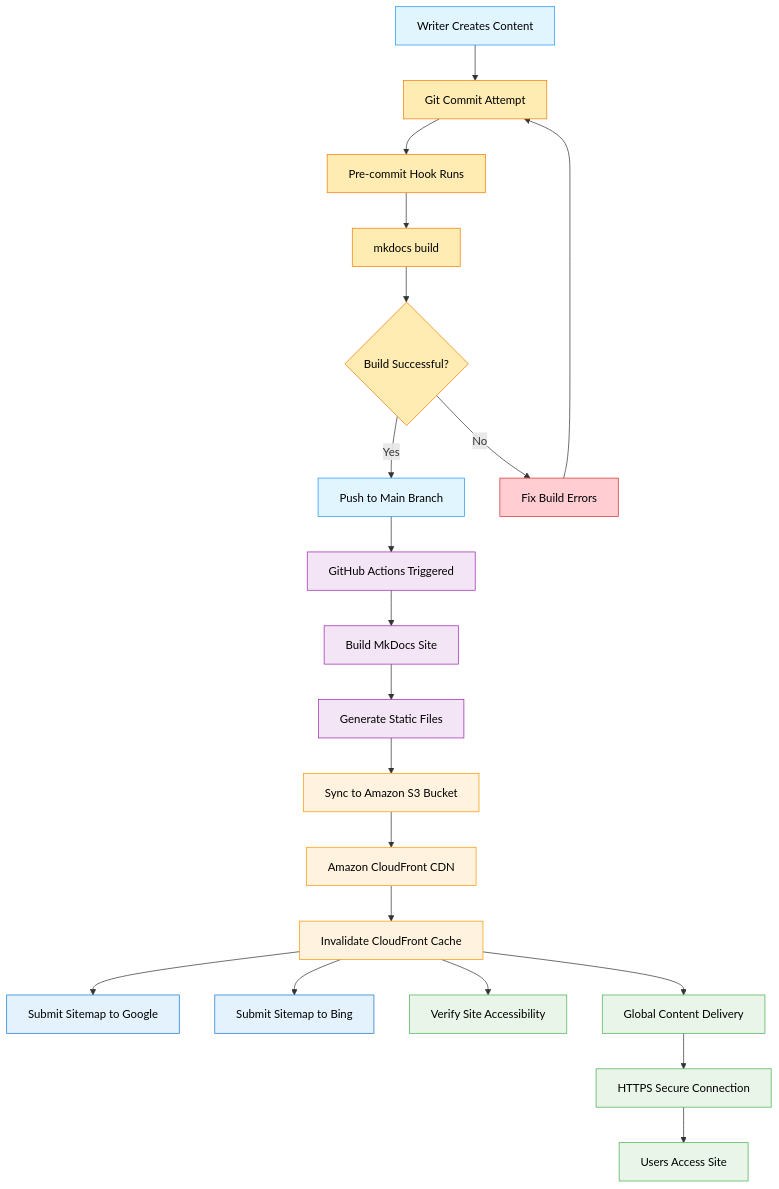
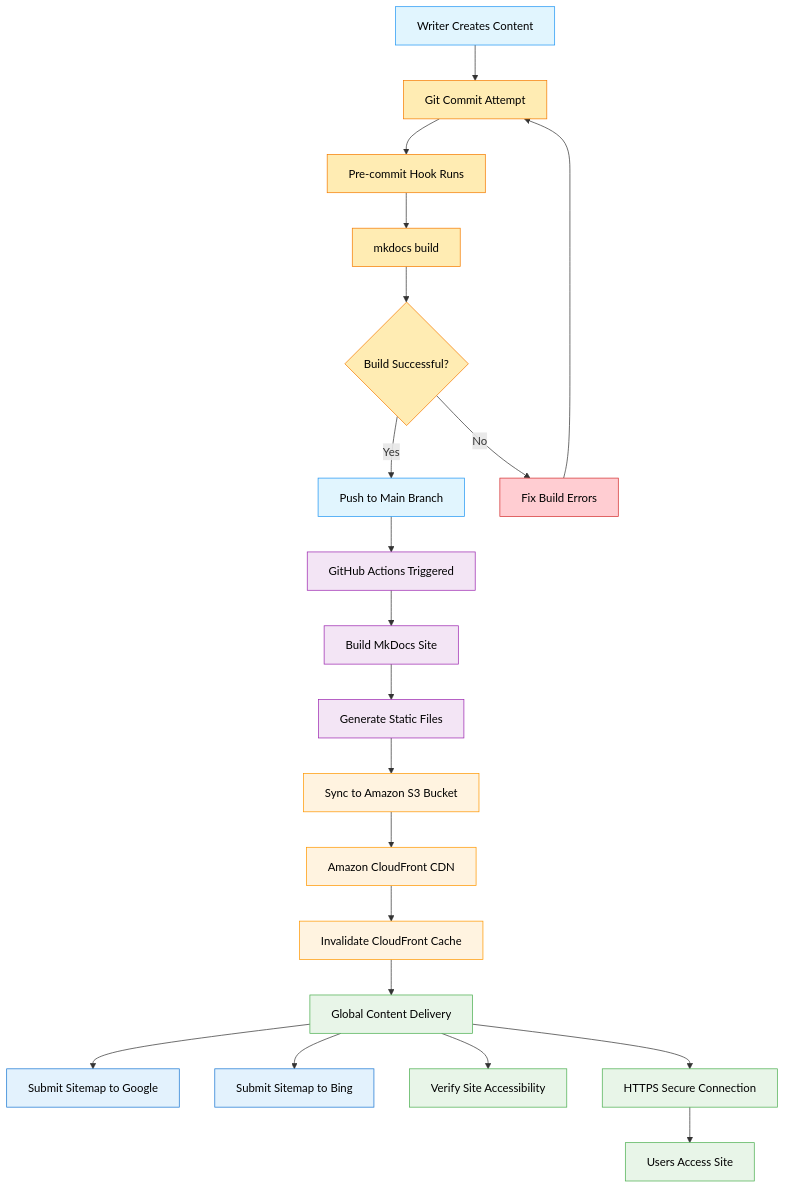
One commit to scottsaenz/scottsaenz-site changed the diagram in docs/blog/posts/20250601.md. Above: the diagram before and after it, drawn with Mermaid.

Commit message:
upd flow mermaid

````diff
--- a/docs/blog/posts/20250601.md
+++ b/docs/blog/posts/20250601.md
@@ -30,59 +30,59 @@
 ```mermaid
 flowchart TD
     J[Writer Creates Content] --> K[Git Commit Attempt]
     K --> L[Pre-commit Hook Runs]
     L --> M[mkdocs build]
     M --> N{Build Successful?}
     N -->|Yes| A[Push to Main Branch]
     N -->|No| O[Fix Build Errors]
     O --> K
     
     A --> B[GitHub Actions Triggered]
     B --> C[Build MkDocs Site]
     C --> D[Generate Static Files]
     D --> E[Sync to Amazon S3 Bucket]
     E --> F[Amazon CloudFront CDN]
     F --> P[Invalidate CloudFront Cache]
-    P --> Q[Submit Sitemap to Google]
-    P --> R[Submit Sitemap to Bing]
-    P--> S[Verify Site Accessibility]
+    G --> Q[Submit Sitemap to Google]
+    G --> R[Submit Sitemap to Bing]
+    G--> S[Verify Site Accessibility]
     P --> G[Global Content Delivery]
     G --> H[HTTPS Secure Connection]
     H --> I[Users Access Site]
     
     style A fill:#e1f5fe,color:#000
     style B fill:#f3e5f5,color:#000
     style C fill:#f3e5f5,color:#000
     style D fill:#f3e5f5,color:#000
     style E fill:#fff3e0,color:#000
     style F fill:#fff3e0,color:#000
     style P fill:#fff3e0,color:#000
     style Q fill:#e3f2fd,color:#000
     style R fill:#e3f2fd,color:#000
     style S fill:#e8f5e8,color:#000
     style G fill:#e8f5e8,color:#000
     style H fill:#e8f5e8,color:#000
     style I fill:#e8f5e8,color:#000
     style J fill:#e1f5fe,color:#000
     style K fill:#ffecb3,color:#000
     style L fill:#ffecb3,color:#000
     style M fill:#ffecb3,color:#000
     style N fill:#ffecb3,color:#000
     style O fill:#ffcdd2,color:#000
     
     classDef automation fill:#f3e5f5,stroke:#9c27b0,color:#000
     classDef aws fill:#fff3e0,stroke:#ff9800,color:#000
     classDef seo fill:#e3f2fd,stroke:#1976d2,color:#000
     classDef delivery fill:#e8f5e8,stroke:#4caf50,color:#000
     classDef user fill:#e1f5fe,stroke:#2196f3,color:#000
     classDef precommit fill:#ffecb3,stroke:#f57c00,color:#000
     classDef error fill:#ffcdd2,stroke:#d32f2f,color:#000
     
     class B,C,D automation
     class E,F,P aws
     class Q,R seo
     class S,G,H,I delivery
     class A,J user
     class K,L,M,N precommit
     class O error
 ```
````
